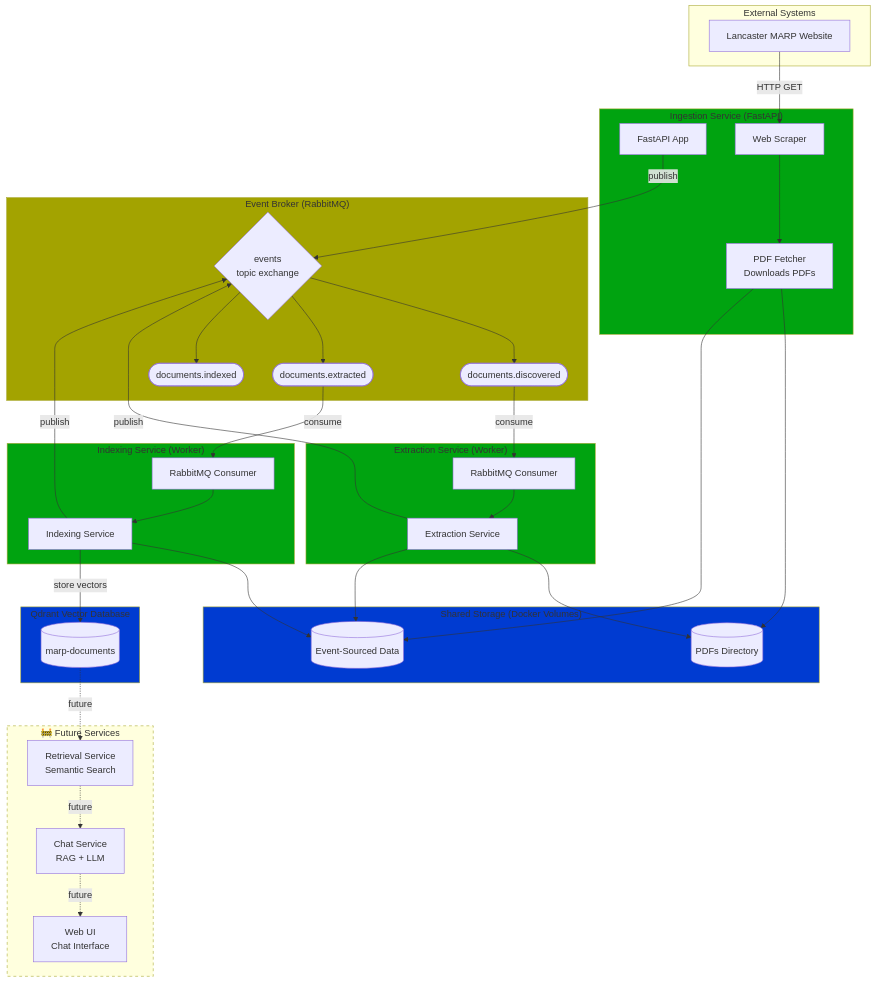
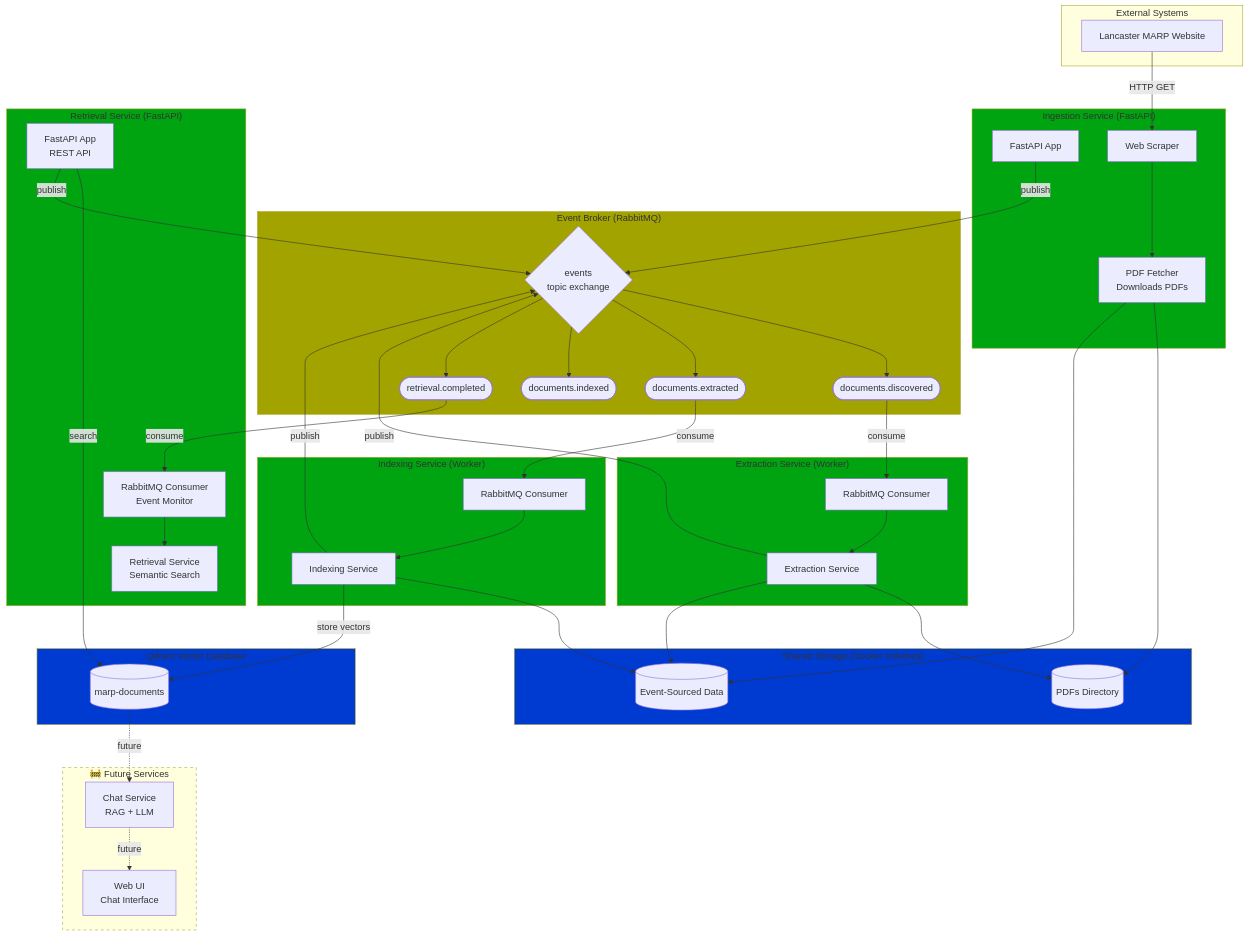
Before and after one commit to Th30utcast/MARP-Guide-AI: the diagram in docs/diagrams/Microservices_Broker.md, drawn with Mermaid. The commit also changed other lines of this file, not shown here.

Commit message:
Updated the microservice diagram to include retrieval now

```diff
--- a/docs/diagrams/Microservices_Broker.md
+++ b/docs/diagrams/Microservices_Broker.md
@@ -22,6 +22,7 @@
     Q1([documents.discovered])
     Q2([documents.extracted])
     Q3([documents.indexed])
+    Q4([retrieval.completed])
   end
 
   subgraph Extraction["Extraction Service (Worker)"]
@@ -34,12 +35,17 @@
     IS[Indexing Service<br/>]
   end
 
+  subgraph Retrieval["Retrieval Service (FastAPI)"]
+    RA[FastAPI App<br/>REST API]
+    RW[RabbitMQ Consumer<br/>Event Monitor]
+    RS[Retrieval Service<br/>Semantic Search]
+  end
+
   subgraph VectorDB["Qdrant Vector Database"]
     VDB[(marp-documents<br/>)]
   end
 
   subgraph Future["🚧 Future Services"]
-    Retrieval[Retrieval Service<br/>Semantic Search]
     Chat[Chat Service<br/>RAG + LLM]
     UI[Web UI<br/>Chat Interface]
   end
@@ -62,14 +68,19 @@
   IS -->|store vectors| VDB
   IS -->|publish| Exchange
   Exchange --> Q3
+  Q4 -->|consume| RW
+  RW --> RS
+  RA -->|search| VDB
+  RA -->|publish| Exchange
+  Exchange --> Q4
 
-  VDB -.->|future| Retrieval
-  Retrieval -.->|future| Chat
+  VDB -.->|future| Chat
   Chat -.->|future| UI
 
   style Ingestion fill:#00A310
   style Extraction fill:#00A310
   style Indexing fill:#00A310
+  style Retrieval fill:#00A310
   style Broker fill:#A3A300
   style Storage fill:#003BD1
   style VectorDB fill:#003BD1
```
